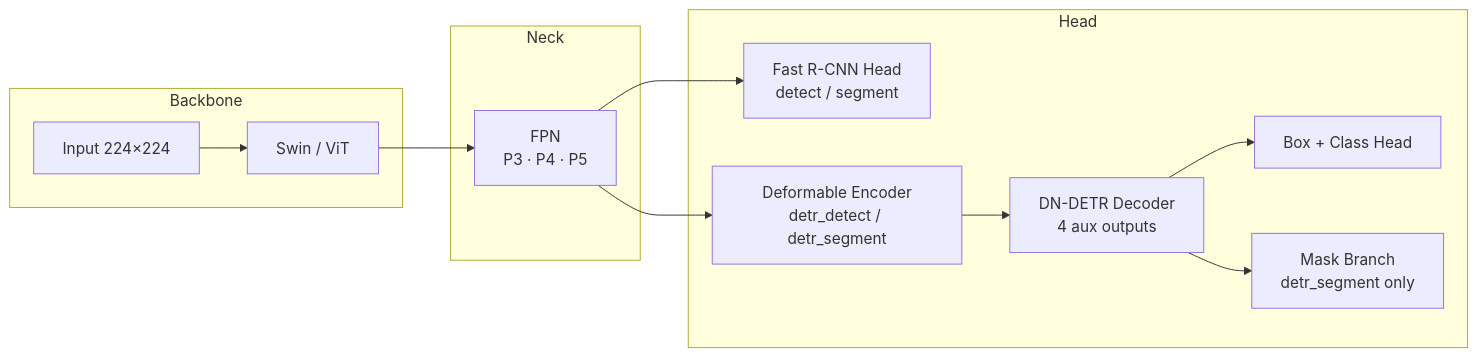
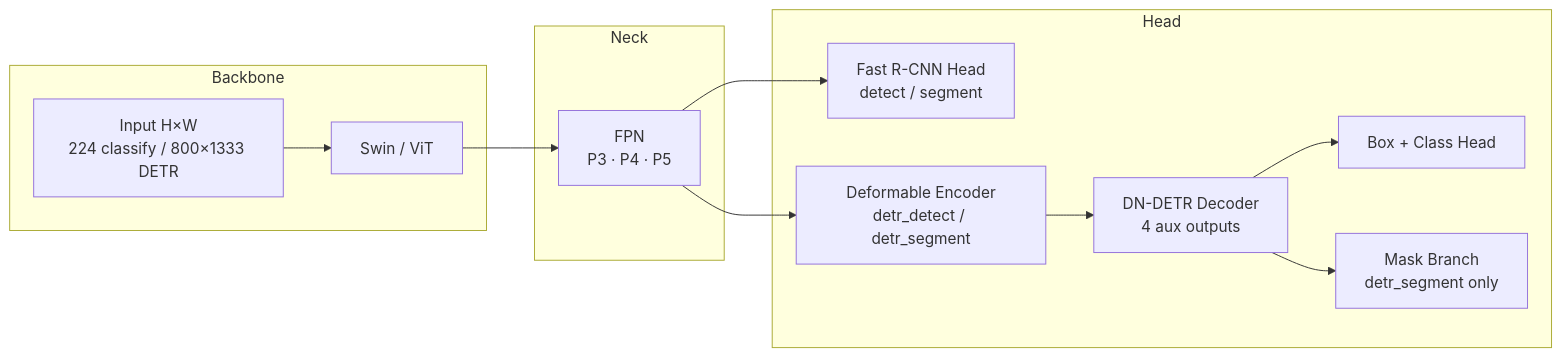
The first of 2 diagrams in README.md (everglow01/VIT), drawn with Mermaid before and after one commit. The commit also changed other lines of this file, not shown here.

````diff
--- a/README.md
+++ b/README.md
@@ -63,16 +63,16 @@
 ```mermaid
 graph LR
     subgraph Backbone
-        A[Input 224×224] --> B[Swin / ViT]
+        A[Input H×W<br/>224 classify / 800×1333 DETR] --> B[Swin / ViT]
     end
     subgraph Neck
         B --> C[FPN\nP3 · P4 · P5]
     end
     subgraph Head
         C --> D1[Fast R-CNN Head\ndetect / segment]
         C --> D2[Deformable Encoder\ndetr_detect / detr_segment]
         D2 --> E[DN-DETR Decoder\n4 aux outputs]
         E --> F[Box + Class Head]
         E --> G[Mask Branch\ndetr_segment only]
     end
 ```
````
